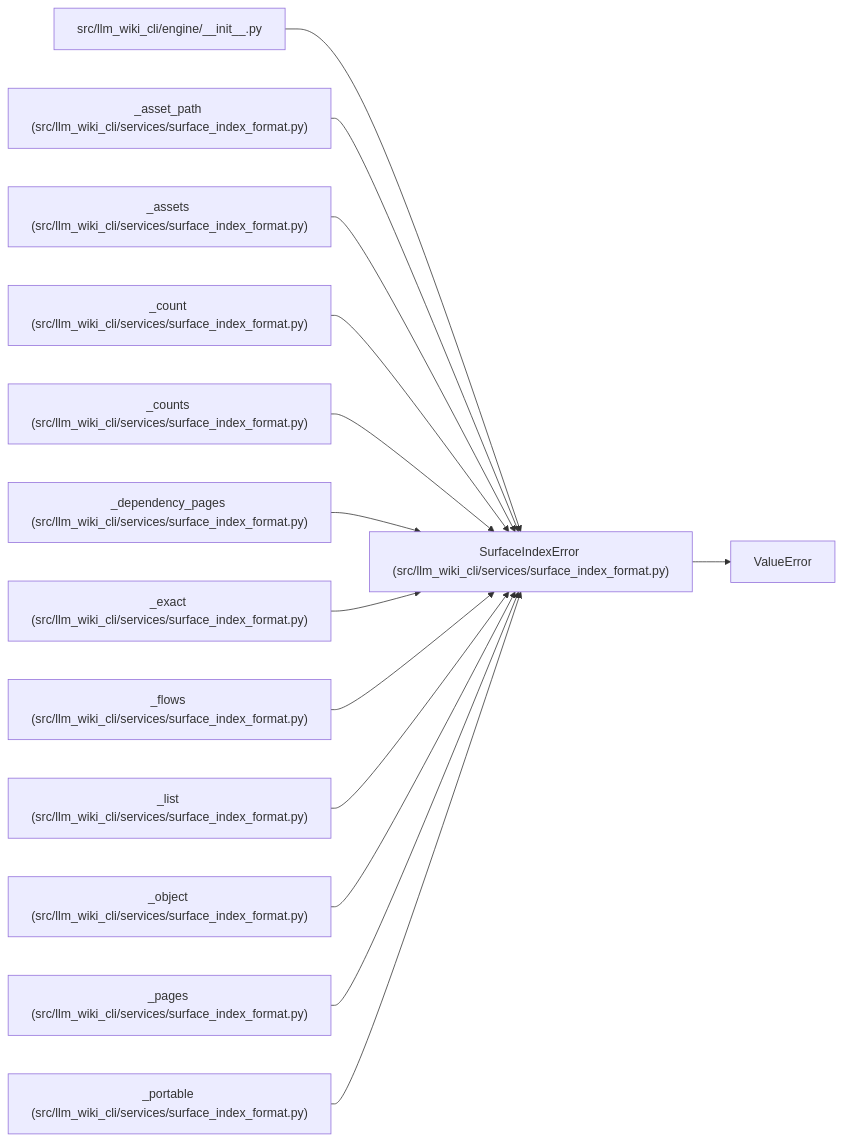
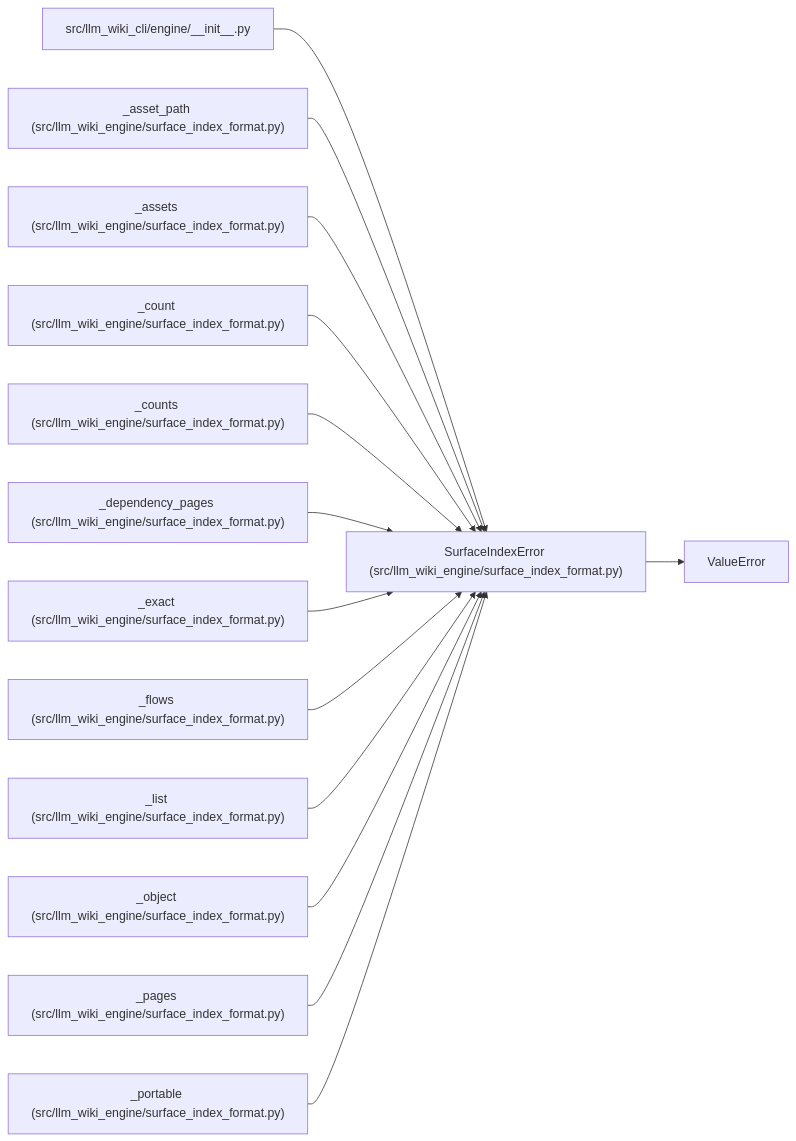
Before and after one commit to Denissvgn/python-wiki-llm: the diagram in docs/llm_wiki/entities/SurfaceIndexError.md, drawn with Mermaid. The commit also changed other lines of this file and 739 other files, not shown here.

First line of the commit message:
docs: refresh the wiki for the second engine batch

````diff
--- a/docs/llm_wiki/entities/SurfaceIndexError.md
+++ b/docs/llm_wiki/entities/SurfaceIndexError.md
@@ -23,43 +23,43 @@
 ```mermaid
 flowchart LR
-    n0["SurfaceIndexError (src/llm_wiki_cli/services/surface_index_format.py)"]
+    n0["SurfaceIndexError (src/llm_wiki_engine/surface_index_format.py)"]
     n1["ValueError"]
     n2["src/llm_wiki_cli/engine/__init__.py"]
-    n3["_asset_path (src/llm_wiki_cli/services/surface_index_format.py)"]
-    n4["_assets (src/llm_wiki_cli/services/surface_index_format.py)"]
-    n5["_count (src/llm_wiki_cli/services/surface_index_format.py)"]
-    n6["_counts (src/llm_wiki_cli/services/surface_index_format.py)"]
-    n7["_dependency_pages (src/llm_wiki_cli/services/surface_index_format.py)"]
-    n8["_exact (src/llm_wiki_cli/services/surface_index_format.py)"]
-    n9["_flows (src/llm_wiki_cli/services/surface_index_format.py)"]
-    n10["_list (src/llm_wiki_cli/services/surface_index_format.py)"]
-    n11["_object (src/llm_wiki_cli/services/surface_index_format.py)"]
-    n12["_pages (src/llm_wiki_cli/services/surface_index_format.py)"]
-    n13["_portable (src/llm_wiki_cli/services/surface_index_format.py)"]
+    n3["_asset_path (src/llm_wiki_engine/surface_index_format.py)"]
+    n4["_assets (src/llm_wiki_engine/surface_index_format.py)"]
+    n5["_count (src/llm_wiki_engine/surface_index_format.py)"]
+    n6["_counts (src/llm_wiki_engine/surface_index_format.py)"]
+    n7["_dependency_pages (src/llm_wiki_engine/surface_index_format.py)"]
+    n8["_exact (src/llm_wiki_engine/surface_index_format.py)"]
+    n9["_flows (src/llm_wiki_engine/surface_index_format.py)"]
+    n10["_list (src/llm_wiki_engine/surface_index_format.py)"]
+    n11["_object (src/llm_wiki_engine/surface_index_format.py)"]
+    n12["_pages (src/llm_wiki_engine/surface_index_format.py)"]
+    n13["_portable (src/llm_wiki_engine/surface_index_format.py)"]
     n0 --> n1
     n2 --> n0
     n3 --> n0
     n4 --> n0
     n5 --> n0
     n6 --> n0
     n7 --> n0
     n8 --> n0
     n9 --> n0
     n10 --> n0
     n11 --> n0
     n12 --> n0
     n13 --> n0
     click n0 "../modules/surface_index_format.md"
     click n2 "../modules/engine___init__.md"
     click n3 "../modules/surface_index_format.md"
     click n4 "../modules/surface_index_format.md"
     click n5 "../modules/surface_index_format.md"
     click n6 "../modules/surface_index_format.md"
     click n7 "../modules/surface_index_format.md"
     click n8 "../modules/surface_index_format.md"
     click n9 "../modules/surface_index_format.md"
     click n10 "../modules/surface_index_format.md"
     click n11 "../modules/surface_index_format.md"
     click n12 "../modules/surface_index_format.md"
     click n13 "../modules/surface_index_format.md"
 ```
````
